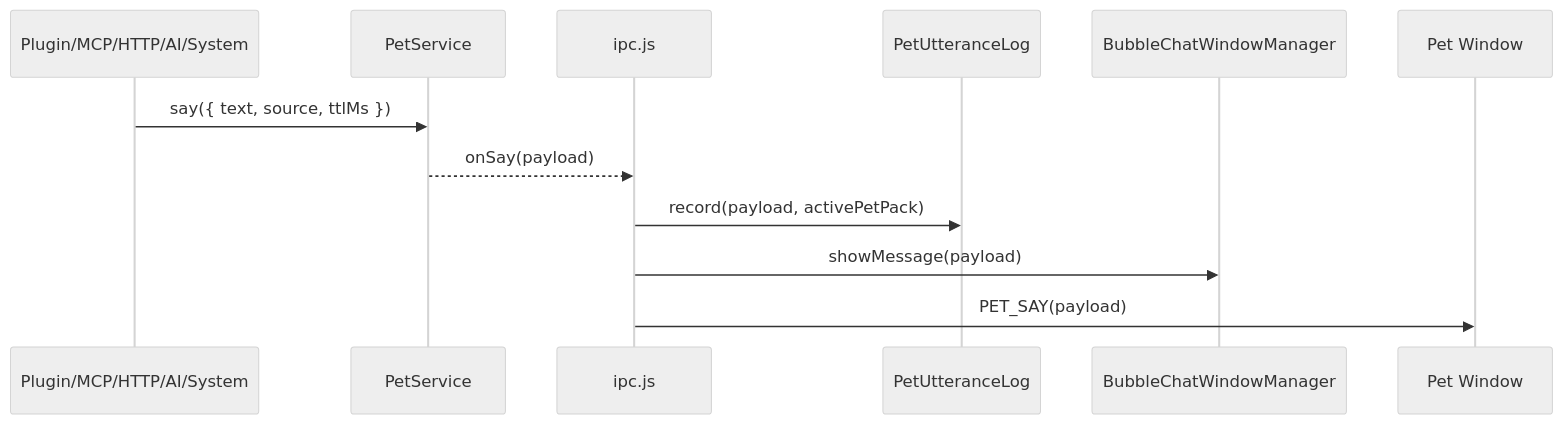
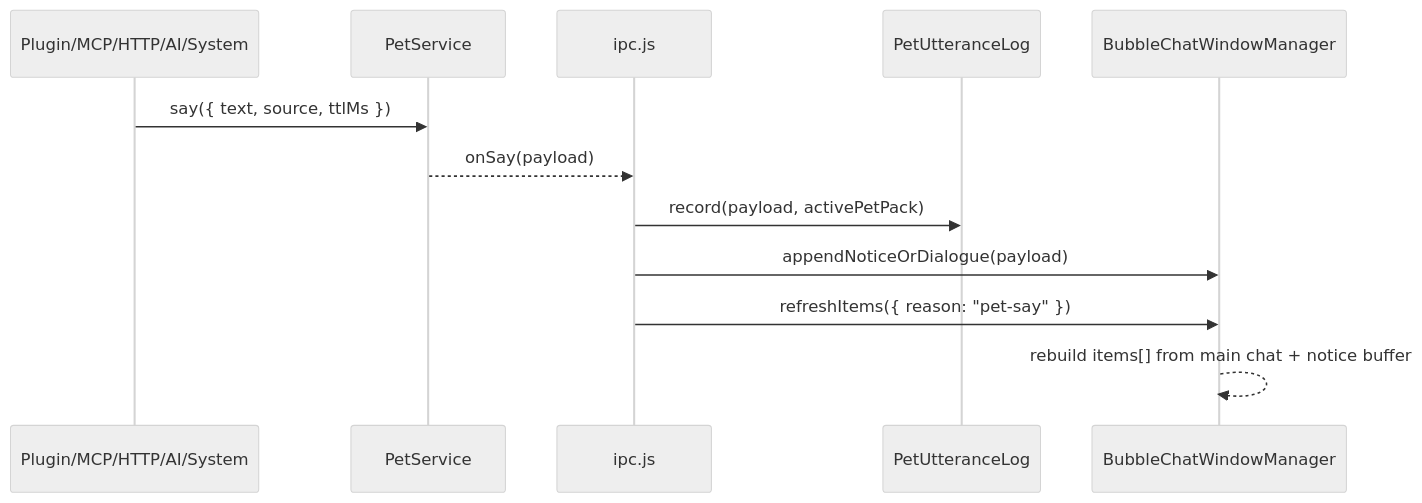
One commit to dengyie/openpet changed the first of 3 diagrams in docs/superpowers/specs/2026-06-24-pet-bubble-chat-popup-design.md. Above: the diagram before and after it, drawn with Mermaid (neutral theme). The commit also changed other lines of this file and 4 other files, not shown here.

Commit message:
feat(phase-1): add bubble chat item model

````diff
--- a/docs/superpowers/specs/2026-06-24-pet-bubble-chat-popup-design.md
+++ b/docs/superpowers/specs/2026-06-24-pet-bubble-chat-popup-design.md
@@ -505,15 +636,15 @@
 ```mermaid
 sequenceDiagram
   participant Source as Plugin/MCP/HTTP/AI/System
   participant PetService
   participant IPC as ipc.js
   participant Utterance as PetUtteranceLog
   participant Bubble as BubbleChatWindowManager
-  participant PetWin as Pet Window
 
   Source->>PetService: say({ text, source, ttlMs })
   PetService-->>IPC: onSay(payload)
   IPC->>Utterance: record(payload, activePetPack)
-  IPC->>Bubble: showMessage(payload)
-  IPC->>PetWin: PET_SAY(payload)
+  IPC->>Bubble: appendNoticeOrDialogue(payload)
+  IPC->>Bubble: refreshItems({ reason: "pet-say" })
+  Bubble-->>Bubble: rebuild items[] from main chat + notice buffer
 ```
````
